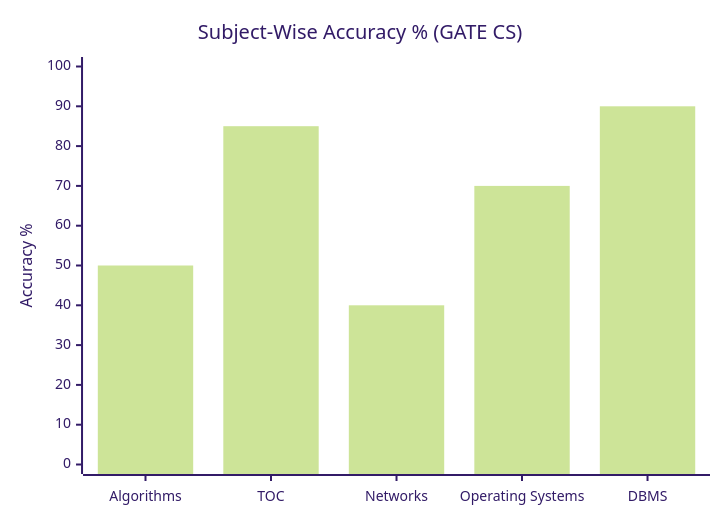
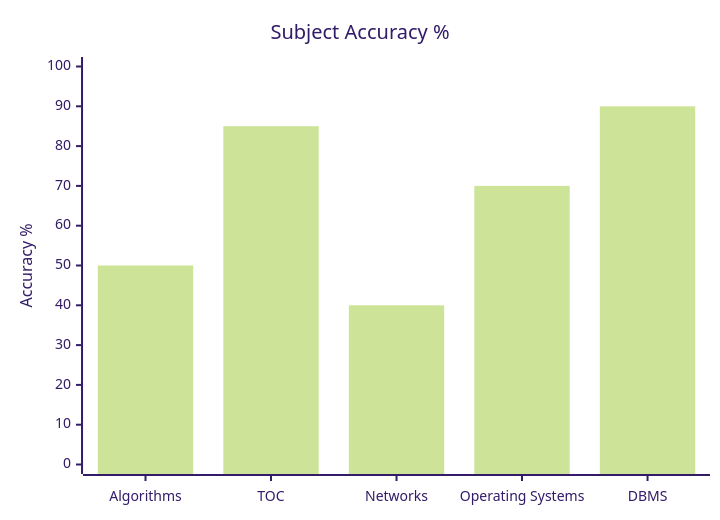
Before and after one commit to skc-coder/SAGE: the first of 2 diagrams in content/gate-cs/index.md, drawn with Mermaid (forest theme). The commit also changed other lines of this file and 3 other files, not shown here.

````diff
--- a/content/gate-cs/index.md
+++ b/content/gate-cs/index.md
@@ -6,7 +6,7 @@
 ```mermaid
 xychart-beta
-    title "Subject-Wise Accuracy % (GATE CS)"
+    title "Subject Accuracy %"
     x-axis ["Algorithms", "TOC", "Networks", "Operating Systems", "DBMS"]
     y-axis "Accuracy %" 0 --> 100
     bar [50, 85, 40, 70, 90]
 ```
````
